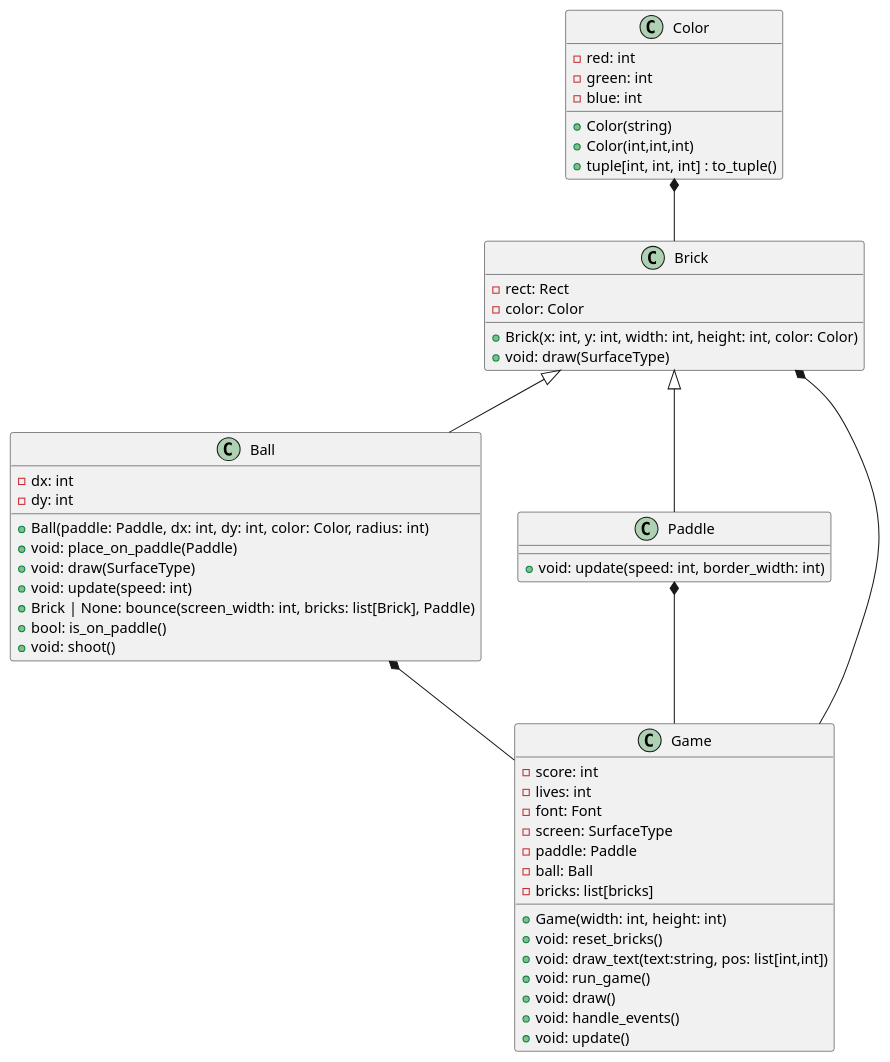
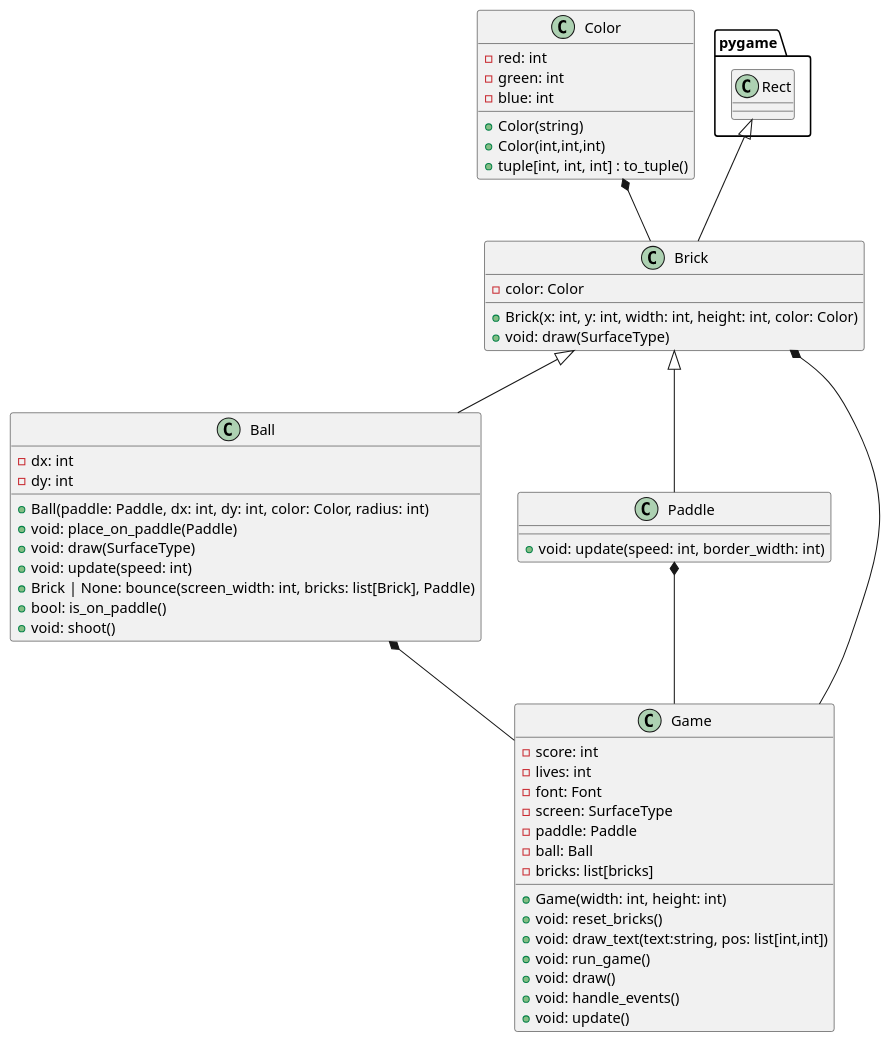
One commit to CodingChem/Breakout changed the diagram in class_diagram.puml. Above: the diagram before and after it, drawn with PlantUML.

Commit message:
Changed Brick Rect relationship from composition to inheritance.

```diff
--- a/class_diagram.puml
+++ b/class_diagram.puml
@@ -1,53 +1,53 @@
 @startuml class diagram
 class Ball {
     - dx: int
     - dy: int
     + Ball(paddle: Paddle, dx: int, dy: int, color: Color, radius: int)
     + void: place_on_paddle(Paddle)
     + void: draw(SurfaceType)
     + void: update(speed: int)
     + Brick | None: bounce(screen_width: int, bricks: list[Brick], Paddle)
     + bool: is_on_paddle()
     + void: shoot()
 }
 class Brick {
-    - rect: Rect
     - color: Color
     + Brick(x: int, y: int, width: int, height: int, color: Color)
     + void: draw(SurfaceType)
 }
 class Paddle {
     + void: update(speed: int, border_width: int)
 }
 class Game {
     - score: int
     - lives: int
     - font: Font
     - screen: SurfaceType
     - paddle: Paddle
     - ball: Ball
     - bricks: list[bricks]
     + Game(width: int, height: int)
     + void: reset_bricks()
     + void: draw_text(text:string, pos: list[int,int])
     + void: run_game()
     + void: draw()
     + void: handle_events()
     + void: update()
 }
 class Color {
     - red: int
     - green: int
     - blue: int
     + Color(string)
     + Color(int,int,int)
     + tuple[int, int, int] : to_tuple()
 }
 
+pygame.Rect <|-- Brick
 Color *-- Brick
 Brick <|-- Ball
 Brick <|-- Paddle
 Ball *-- Game
 Paddle *-- Game
 Brick *-- Game
 @enduml
```
